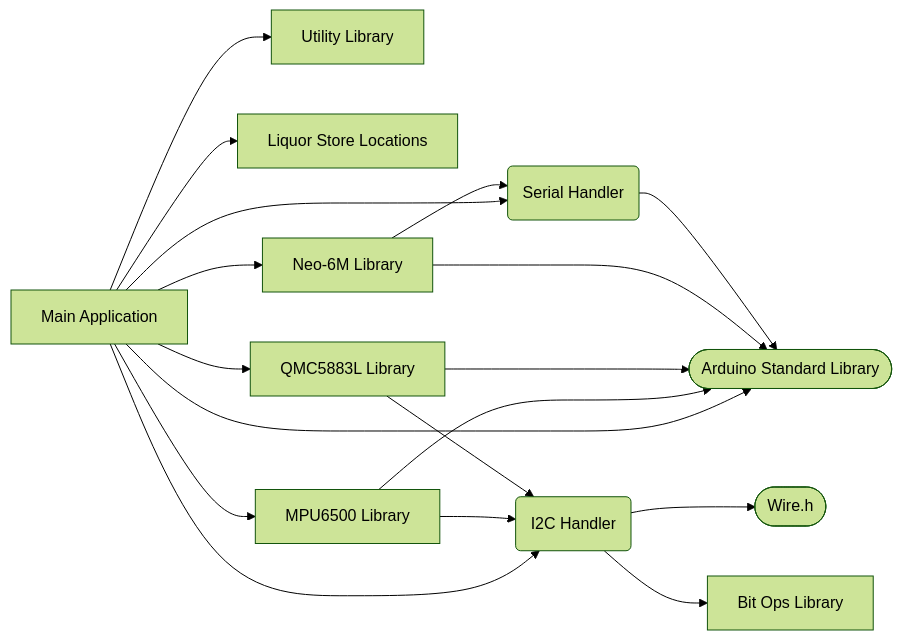
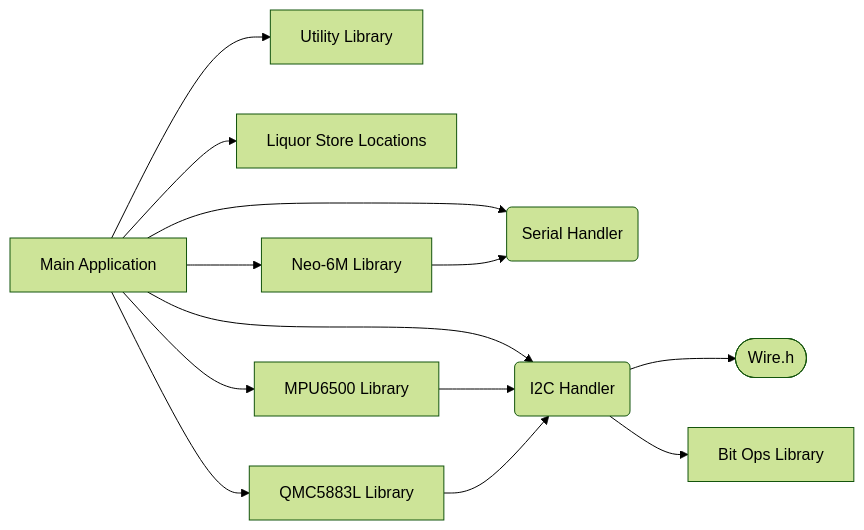
Before and after one commit to kyleetqi/beercompassV0: the diagram in readme.md, drawn with Mermaid (forest theme). The commit also changed other lines of this file, not shown here.

Commit message:
Update flowchart

````diff
--- a/readme.md
+++ b/readme.md
@@ -11,38 +11,33 @@
 ```mermaid
 
 flowchart LR
 
 %% Main non-hardware libraries
 main[Main Application] --> utils[Utility Library]
-main --> arduino([Arduino Standard Library])
 main --> locations[Liquor Store Locations]
 
 %% Main IC libraries
 main --> mpu6500[MPU6500 Library]
 main --> qmc5883l[QMC5883L Library]
 main --> neo6m[Neo-6M Library]
 
 %% Main hardware interfacing libraries
 main --> serial(Serial Handler)
 main --> i2c(I2C Handler)
 
 %% MPU6500 libraries
-mpu6500 --> arduino
 mpu6500 --> i2c
 
 %% QMC5883L libraries
 qmc5883l --> i2c
-qmc5883l --> arduino
 
 %% Neo-6M libraries
-neo6m --> arduino
 neo6m --> serial
 
 %% I2C libraries
 i2c --> wire([Wire.h])
 i2c --> bitops[Bit Ops Library]
 
 %% Serial libraries
-serial --> arduino
 
 ```
````
